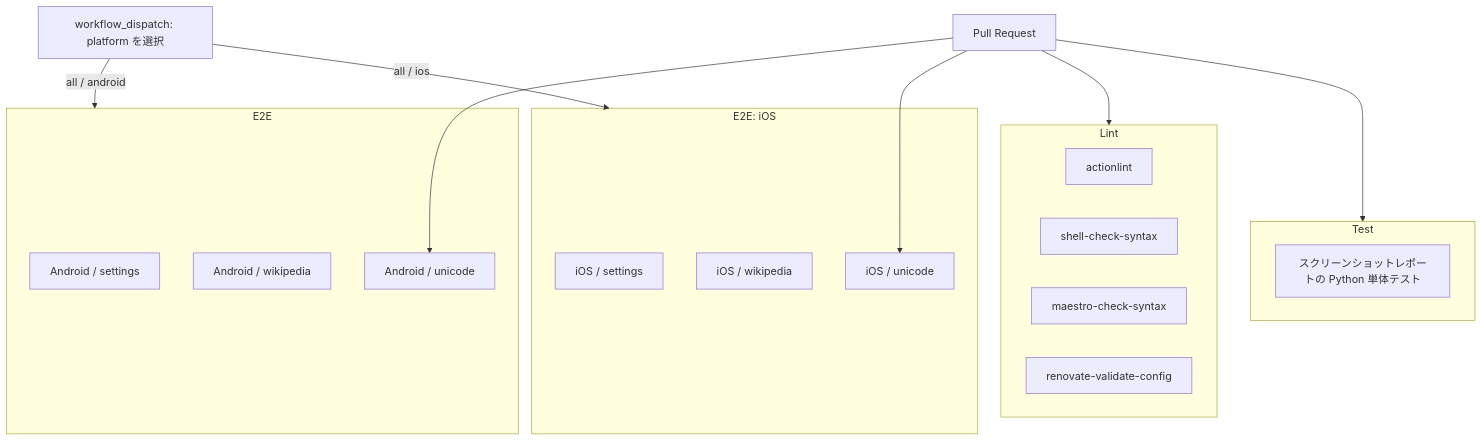
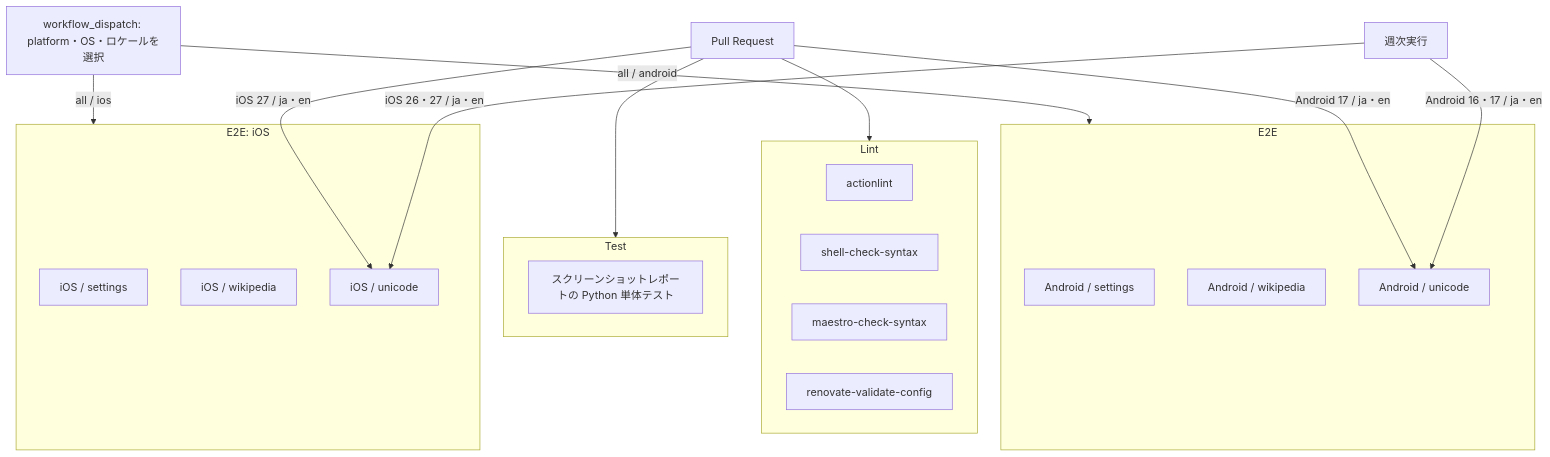
One commit to gkzz/maestro-playground changed the fourth of 6 diagrams in docs/ARCHITECTURE.md. Above: the diagram before and after it, drawn with Mermaid. The commit also changed 3 other files, not shown here.

````diff
--- a/docs/ARCHITECTURE.md
+++ b/docs/ARCHITECTURE.md
@@ -100,35 +100,38 @@
 ```mermaid
 flowchart TB
   pr[Pull Request]
-  dispatch[workflow_dispatch: platform を選択]
+  dispatch[workflow_dispatch: platform・OS・ロケールを選択]
+  schedule[週次実行]
 
   subgraph lint[Lint]
     actionlint[actionlint]
     shell[shell-check-syntax]
     syntax[maestro-check-syntax]
     renovate[renovate-validate-config]
   end
 
   subgraph test[Test]
     screenshotTests[スクリーンショットレポートの Python 単体テスト]
   end
 
   subgraph e2e[E2E]
     androidSettings[Android / settings]
     androidWikipedia[Android / wikipedia]
     androidUnicode[Android / unicode]
   end
 
   subgraph iosE2E[E2E: iOS]
     iosSettings[iOS / settings]
     iosWikipedia[iOS / wikipedia]
     iosUnicode[iOS / unicode]
   end
 
   pr --> lint
   pr --> test
-  pr --> androidUnicode
-  pr --> iosUnicode
+  pr -->|Android 17 / ja・en| androidUnicode
+  pr -->|iOS 27 / ja・en| iosUnicode
+  schedule -->|Android 16・17 / ja・en| androidUnicode
+  schedule -->|iOS 26・27 / ja・en| iosUnicode
   dispatch -->|all / android| e2e
   dispatch -->|all / ios| iosE2E
 ```
````
